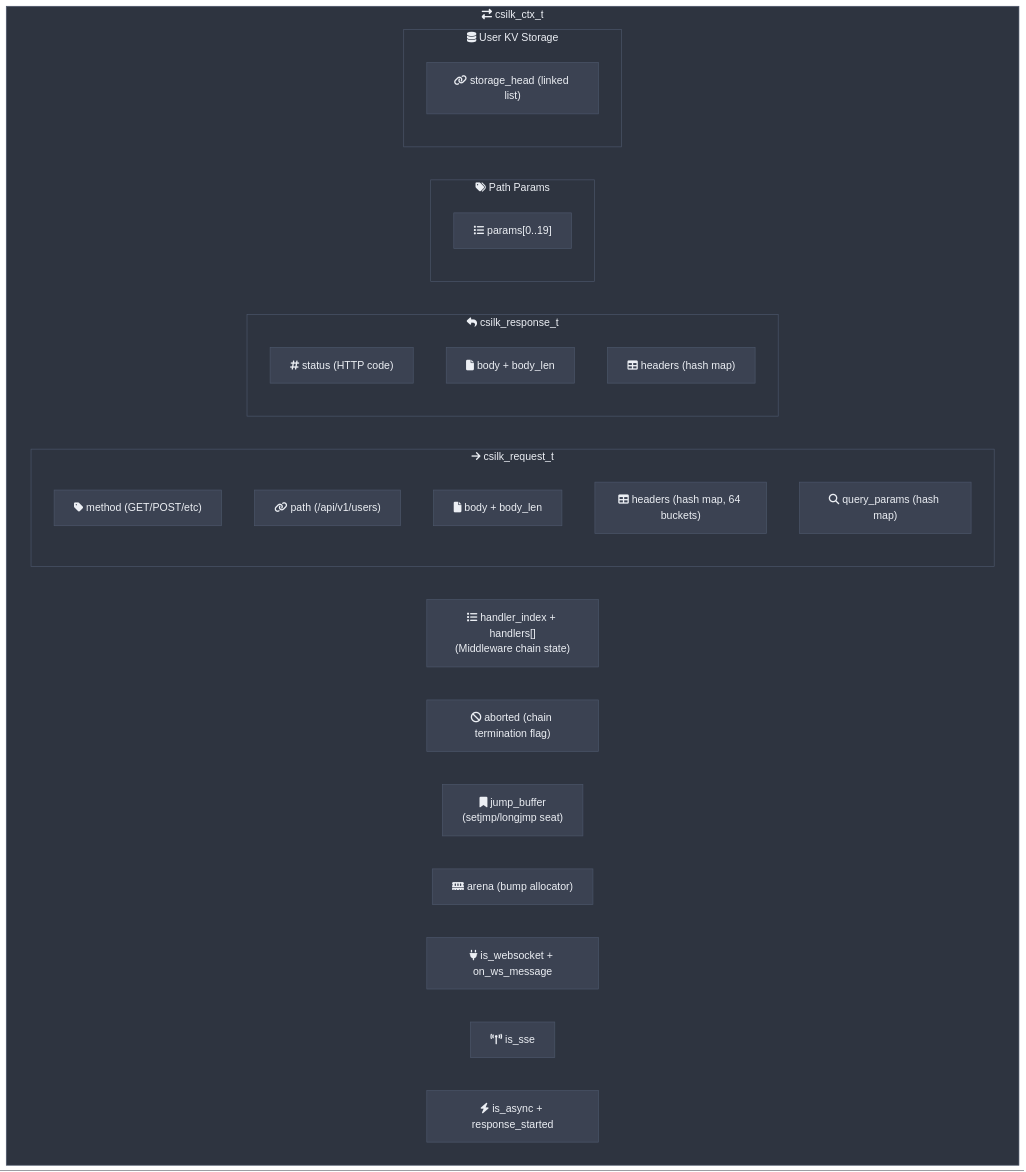
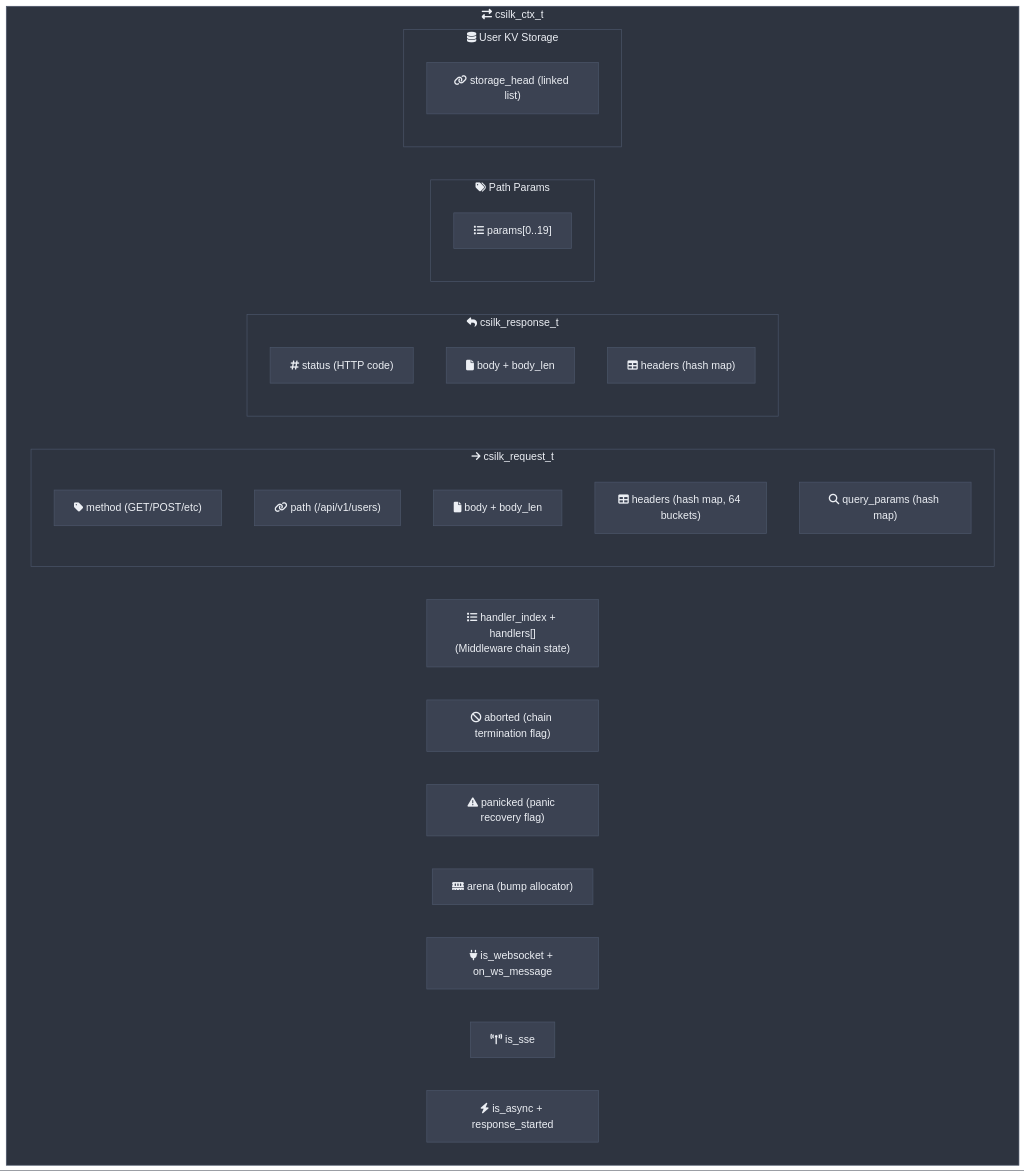
Before and after one commit to quintin-lee/csilk: the first of 5 diagrams in docs/module-design/context.md, drawn with Mermaid. The commit also changed other lines of this file and 5 other files, not shown here.

Commit message:
docs: 📝 align ctx/router docs with current code — remove jump_buffer, fix bucket count, update panic model, document match_result API

````diff
--- a/docs/module-design/context.md
+++ b/docs/module-design/context.md
@@ -7,57 +7,57 @@
 ```mermaid
 %%{init: {
   'theme': 'base',
   'themeVariables': {
     'background': '#2E3440',
     'primaryColor': '#81A1C1',
     'primaryBorderColor': '#4C566A',
     'primaryTextColor': '#ECEFF4',
     'secondaryColor': '#3B4252',
     'secondaryBorderColor': '#434C5E',
     'secondaryTextColor': '#D8DEE9',
     'lineColor': '#81A1C1',
     'textColor': '#ECEFF4',
     'mainBkg': '#3B4252',
     'nodeBorder': '#4C566A',
     'clusterBkg': '#2E3440',
     'clusterBorder': '#4C566A',
     'titleColor': '#ECEFF4',
     'edgeLabelBackground': '#3B4252',
     'nodeTextColor': '#ECEFF4'
   },
   'flowchart': {'htmlLabels': true, 'curve': 'basis'}
 }}%%
 graph TB
     subgraph ctx_t["fa:fa-exchange-alt csilk_ctx_t"]
         HW["fa:fa-list handler_index + handlers[]<br/>(Middleware chain state)"]
         AB["fa:fa-ban aborted (chain termination flag)"]
-        JB["fa:fa-bookmark jump_buffer<br/>(setjmp/longjmp seat)"]
+        PN["fa:fa-exclamation-triangle panicked (panic recovery flag)"]
 
         subgraph Request["fa:fa-arrow-right csilk_request_t"]
             RM["fa:fa-tag method (GET/POST/etc)"]
             RP["fa:fa-link path (/api/v1/users)"]
             RB["fa:fa-file body + body_len"]
             RH["fa:fa-table headers (hash map, 64 buckets)"]
             RQ["fa:fa-search query_params (hash map)"]
         end
 
         subgraph Response["fa:fa-reply csilk_response_t"]
             RS["fa:fa-hashtag status (HTTP code)"]
             RBODY["fa:fa-file body + body_len"]
             RH2["fa:fa-table headers (hash map)"]
         end
 
         subgraph Params["fa:fa-tags Path Params"]
             P1["fa:fa-list params[0..19]"]
         end
 
         subgraph Storage["fa:fa-database User KV Storage"]
             ST["fa:fa-link storage_head (linked list)"]
         end
 
         AR["fa:fa-memory arena (bump allocator)"]
         WS["fa:fa-plug is_websocket + on_ws_message"]
         SE["fa:fa-broadcast-tower is_sse"]
         AS["fa:fa-bolt is_async + response_started"]
     end
 ```
````
